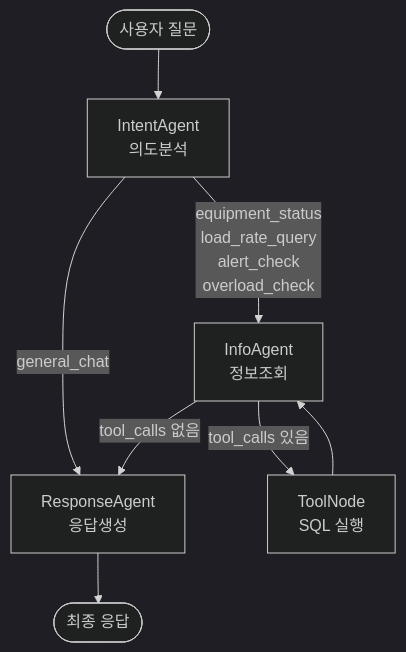
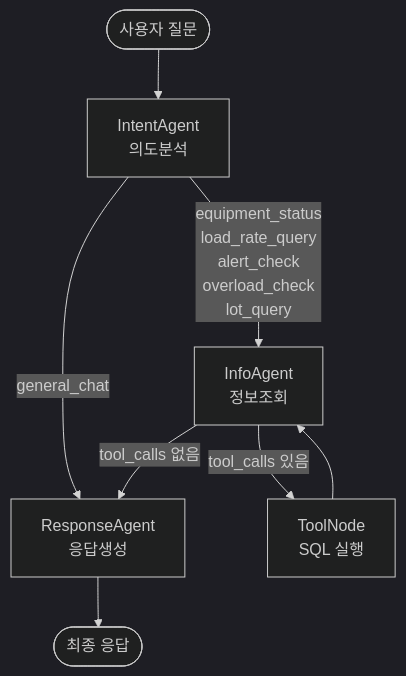
One commit to donchoru/langgraph-agent changed the diagram in README.md. Above: the diagram before and after it, drawn with Mermaid (dark theme). The commit also changed other lines of this file and 30 other files, not shown here.

````diff
--- a/README.md
+++ b/README.md
@@ -28,10 +28,10 @@
 ```mermaid
 graph TD
     START([사용자 질문]) --> INTENT[IntentAgent<br/>의도분석]
     INTENT -->|general_chat| RESPOND[ResponseAgent<br/>응답생성]
-    INTENT -->|equipment_status<br/>load_rate_query<br/>alert_check<br/>overload_check| INFO[InfoAgent<br/>정보조회]
+    INTENT -->|equipment_status<br/>load_rate_query<br/>alert_check<br/>overload_check<br/>lot_query| INFO[InfoAgent<br/>정보조회]
     INFO -->|tool_calls 있음| TOOLS[ToolNode<br/>SQL 실행]
     TOOLS --> INFO
     INFO -->|tool_calls 없음| RESPOND
     RESPOND --> END_([최종 응답])
 ```
````
